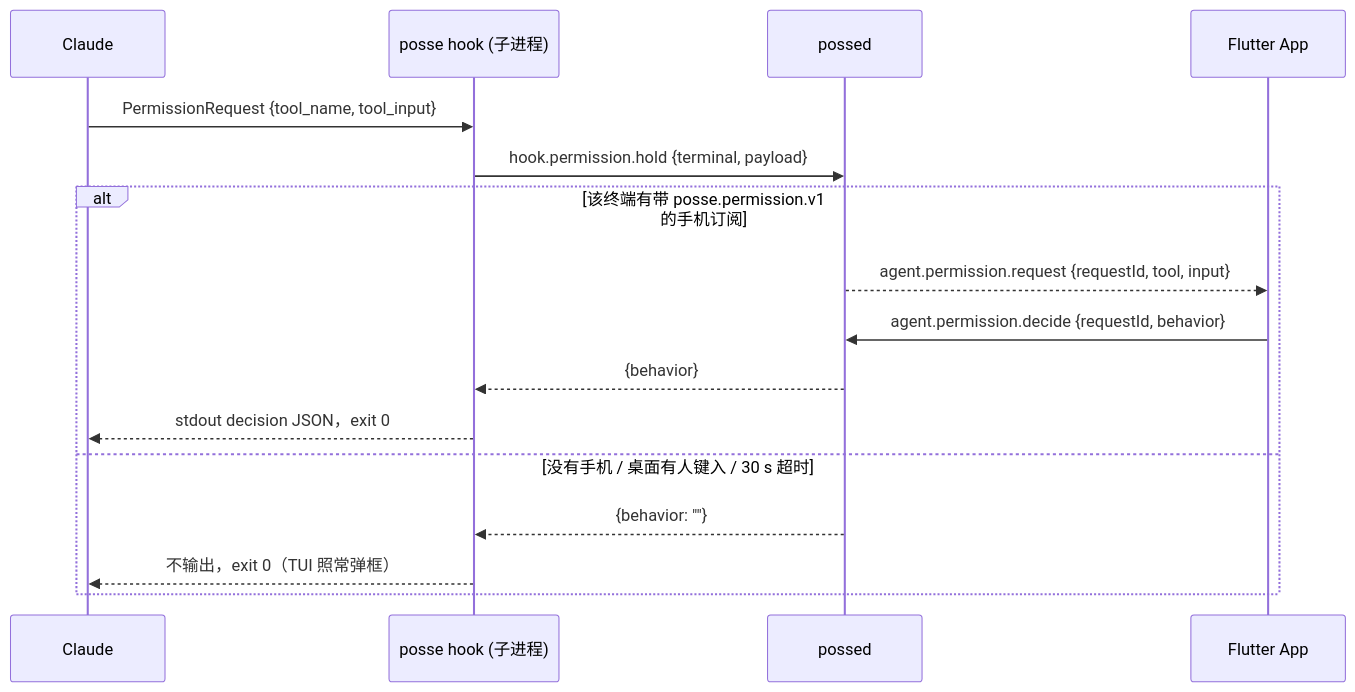
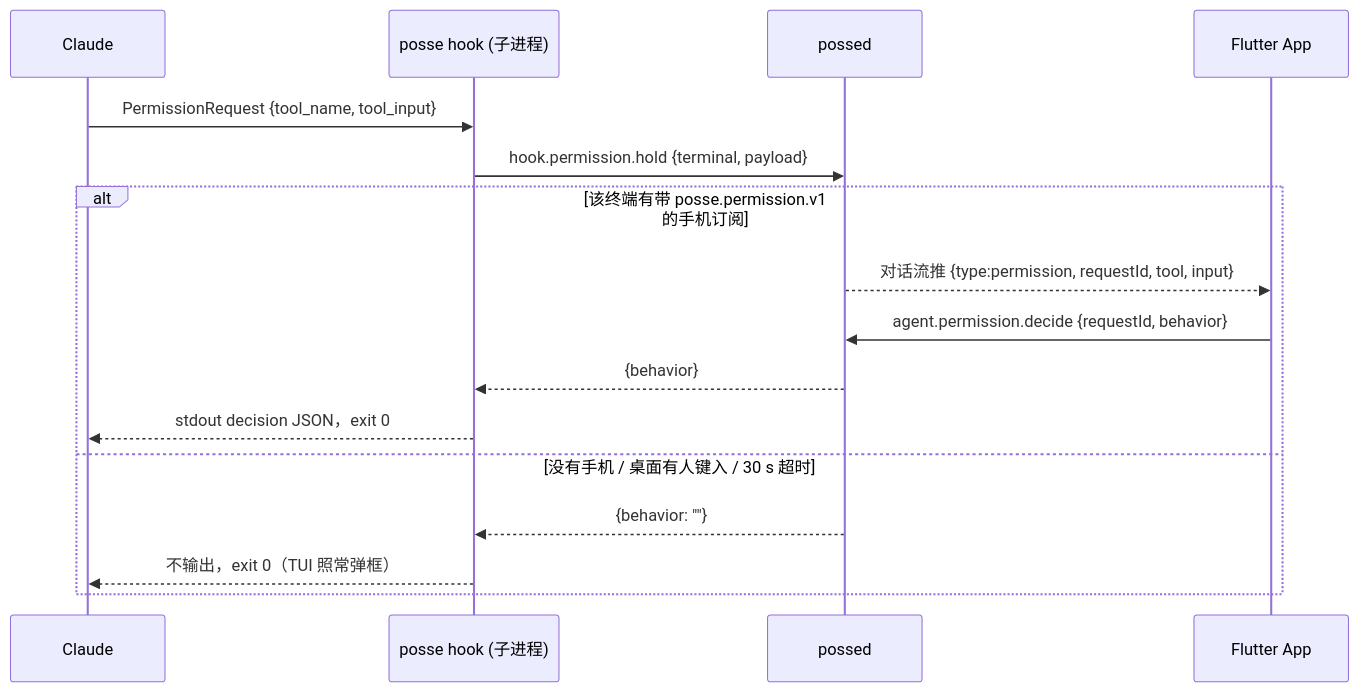
One commit to syanbo/posse changed the second of 2 diagrams in docs/mobile-flutter-architecture.md. Above: the diagram before and after it, drawn with Mermaid. The commit also changed other lines of this file and 7 other files, not shown here.

````diff
--- a/docs/mobile-flutter-architecture.md
+++ b/docs/mobile-flutter-architecture.md
@@ -212,18 +212,18 @@
 ```mermaid
 sequenceDiagram
     participant Claude
     participant Hook as posse hook (子进程)
     participant D as possed
     participant Phone as Flutter App
     Claude->>Hook: PermissionRequest {tool_name, tool_input}
     Hook->>D: hook.permission.hold {terminal, payload}
     alt 该终端有带 posse.permission.v1 的手机订阅
-        D-->>Phone: agent.permission.request {requestId, tool, input}
+        D-->>Phone: 对话流推 {type:permission, requestId, tool, input}
         Phone->>D: agent.permission.decide {requestId, behavior}
         D-->>Hook: {behavior}
         Hook-->>Claude: stdout decision JSON，exit 0
     else 没有手机 / 桌面有人键入 / 30 s 超时
         D-->>Hook: {behavior: ""}
         Hook-->>Claude: 不输出，exit 0（TUI 照常弹框）
     end
 ```
````
